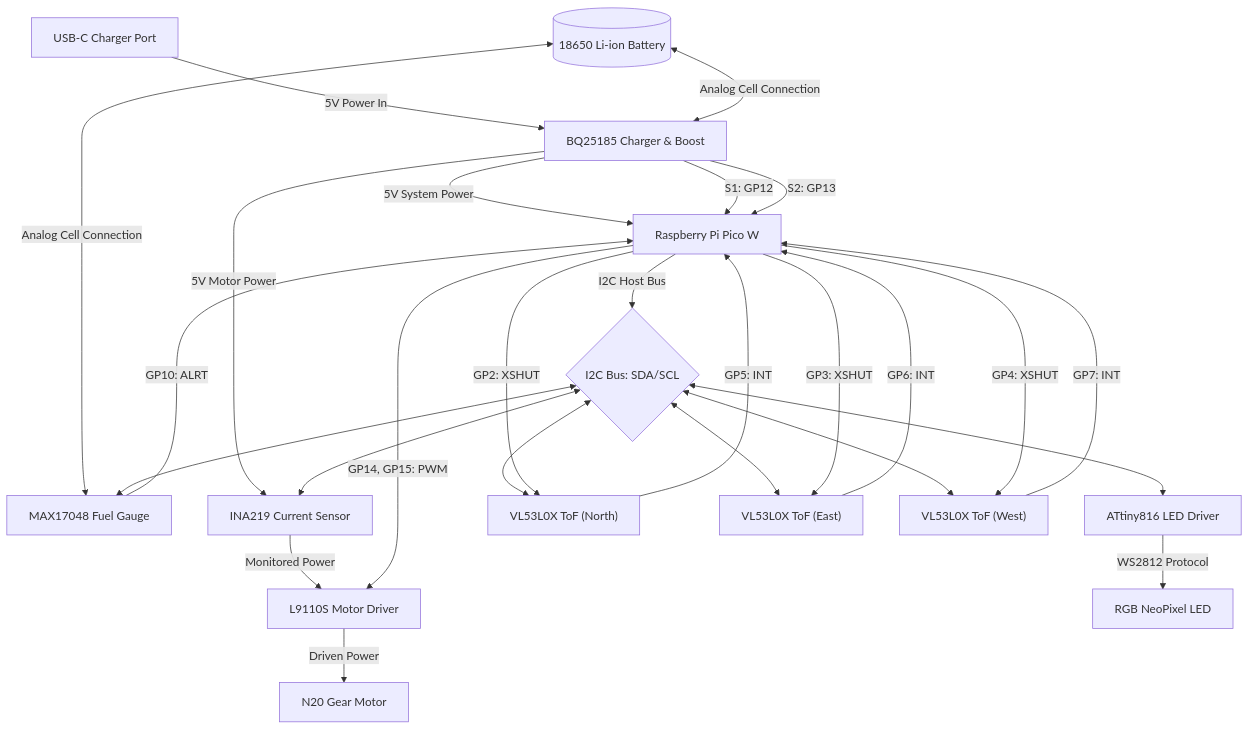
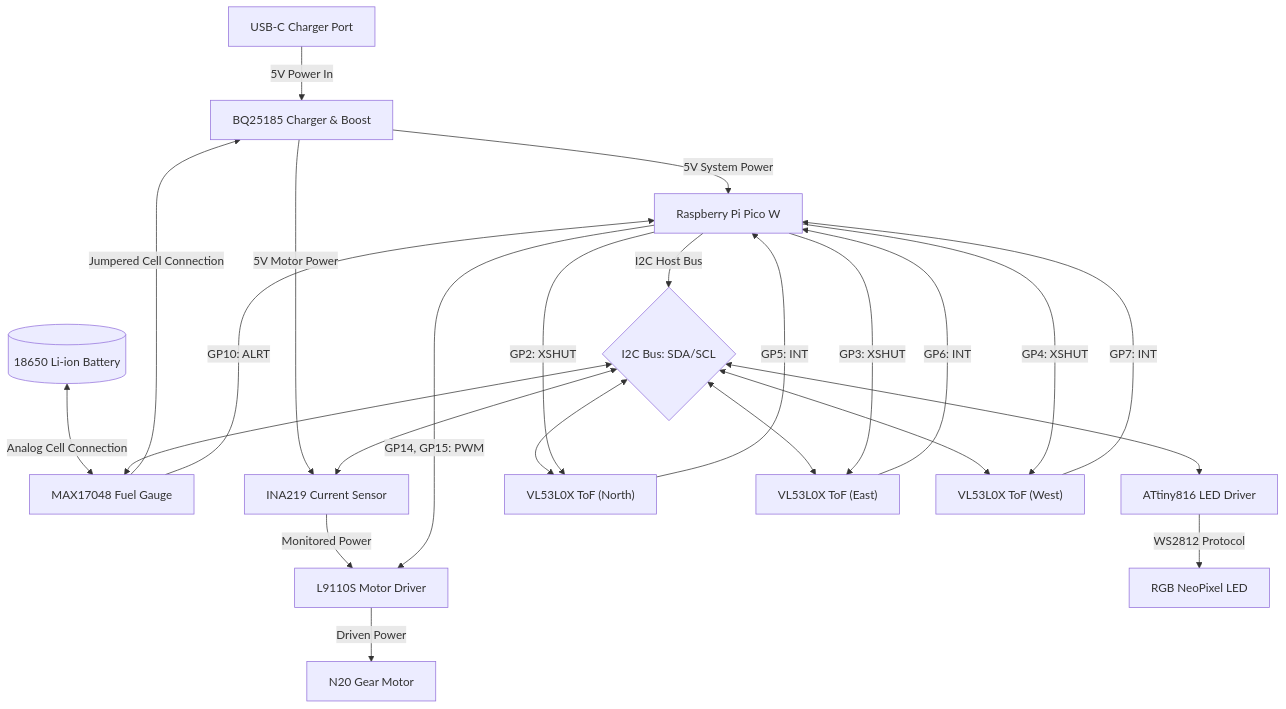
Before and after one commit to picklethecat1488-hue/hardware: the diagram in src/projects/cat_fountain.md, drawn with Mermaid. The commit also changed other lines of this file and 2 other files, not shown here.

````diff
--- a/src/projects/cat_fountain.md
+++ b/src/projects/cat_fountain.md
@@ -35,37 +35,35 @@
 ```mermaid
 graph TD
     %% Power Subsystem
     USBC["USB-C Charger Port"] -->|5V Power In| BQ["BQ25185 Charger & Boost"]
-    BAT[("18650 Li-ion Battery")] <-->|Analog Cell Connection| BQ
-    BAT <-->|Analog Cell Connection| MAX["MAX17048 Fuel Gauge"]
+    BAT[("18650 Li-ion Battery")] <-->|Analog Cell Connection| MAX["MAX17048 Fuel Gauge"]
+    MAX -->|Jumpered Cell Connection| BQ
     
     %% Power Distribution
     BQ -->|5V System Power| PICO["Raspberry Pi Pico W"]
     BQ -->|5V Motor Power| INA["INA219 Current Sensor"]
     INA -->|Monitored Power| DRV["L9110S Motor Driver"]
     
     %% I2C Bus Connections
     PICO -->|I2C Host Bus| I2CBus{I2C Bus: SDA/SCL}
     I2CBus <--> MAX
     I2CBus <--> INA
     I2CBus <--> LED_DRV["ATtiny816 LED Driver"]
     I2CBus <--> TOF1["VL53L0X ToF (North)"]
     I2CBus <--> TOF2["VL53L0X ToF (East)"]
     I2CBus <--> TOF3["VL53L0X ToF (West)"]
     
     %% Control Lines
     PICO -->|GP2: XSHUT| TOF1
     PICO -->|GP3: XSHUT| TOF2
     PICO -->|GP4: XSHUT| TOF3
     TOF1 -->|GP5: INT| PICO
     TOF2 -->|GP6: INT| PICO
     TOF3 -->|GP7: INT| PICO
     MAX -->|GP10: ALRT| PICO
     PICO -->|GP14, GP15: PWM| DRV
-    BQ -->|S1: GP12| PICO
-    BQ -->|S2: GP13| PICO
     
     %% Output Connections
     DRV -->|Driven Power| MOTOR["N20 Gear Motor"]
     LED_DRV -->|WS2812 Protocol| LED["RGB NeoPixel LED"]
 ```
````
